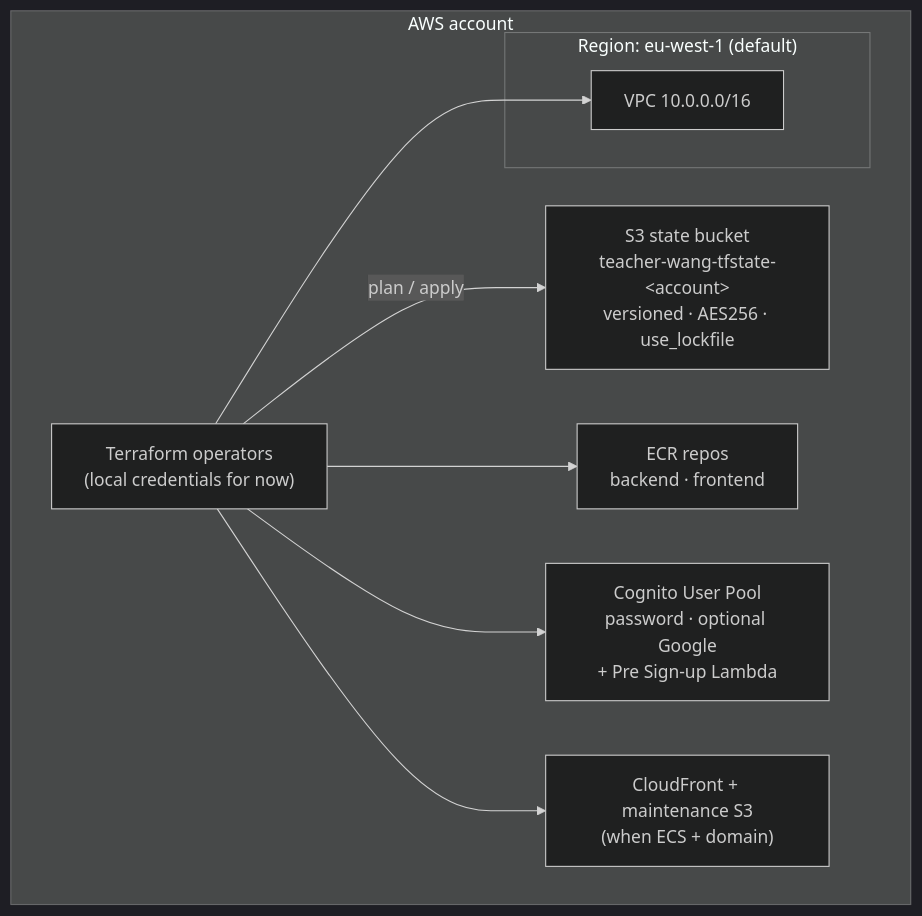
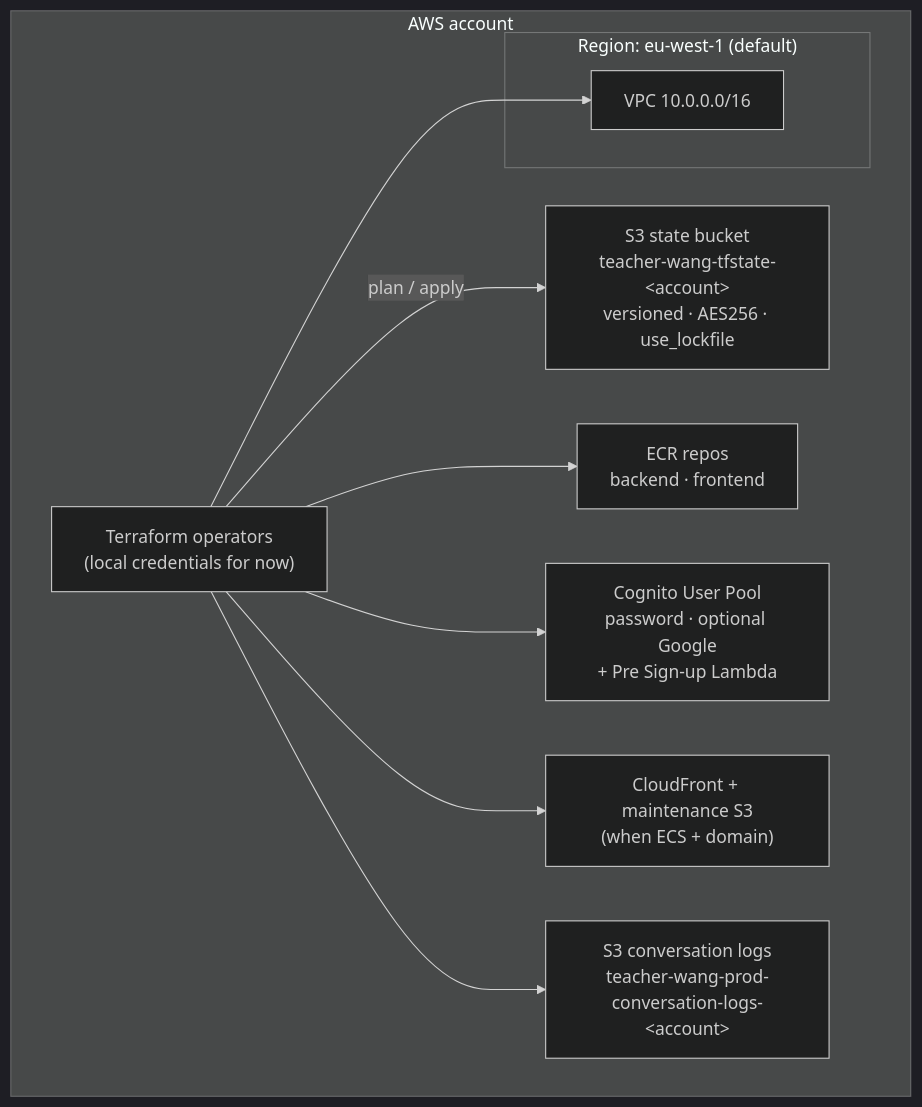
One commit to mazarsju/teacher-wang-infra changed the first of 9 diagrams in docs/architecture.md. Above: the diagram before and after it, drawn with Mermaid (dark theme). The commit also changed other lines of this file and 6 other files, not shown here.

Commit message:
prepare S3 buckets to store conversation logs

````diff
--- a/docs/architecture.md
+++ b/docs/architecture.md
@@ -17,20 +17,22 @@
 ```mermaid
 flowchart TB
   subgraph Account["AWS account"]
     TF["Terraform operators<br/>(local credentials for now)"]
     S3State["S3 state bucket<br/>teacher-wang-tfstate-&lt;account&gt;<br/>versioned · AES256 · use_lockfile"]
     ECR["ECR repos<br/>backend · frontend"]
     Cognito["Cognito User Pool<br/>password · optional Google<br/>+ Pre Sign-up Lambda"]
     CF["CloudFront + maintenance S3<br/>(when ECS + domain)"]
+    ChatS3["S3 conversation logs<br/>teacher-wang-prod-conversation-logs-&lt;account&gt;"]
 
     subgraph Region["Region: eu-west-1 (default)"]
       VPC["VPC 10.0.0.0/16"]
     end
   end
 
   TF -->|plan / apply| S3State
   TF --> VPC
   TF --> ECR
   TF --> Cognito
   TF --> CF
+  TF --> ChatS3
 ```
````
